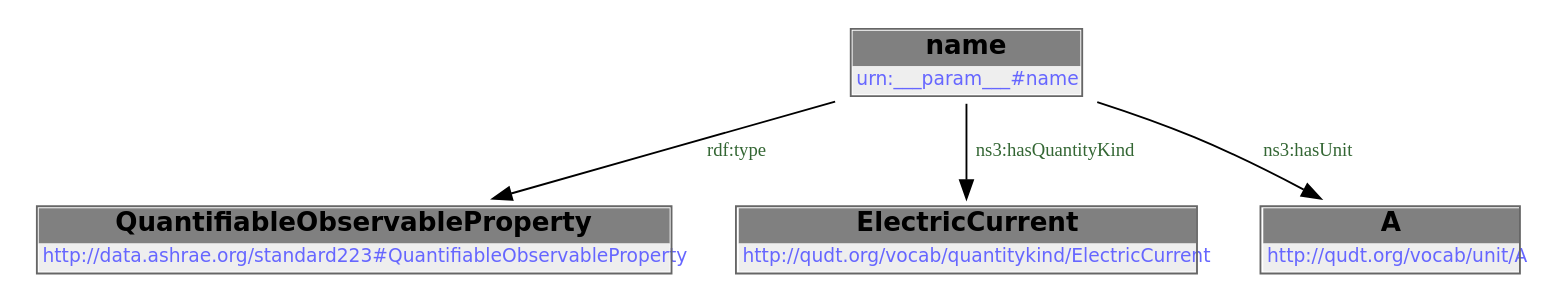
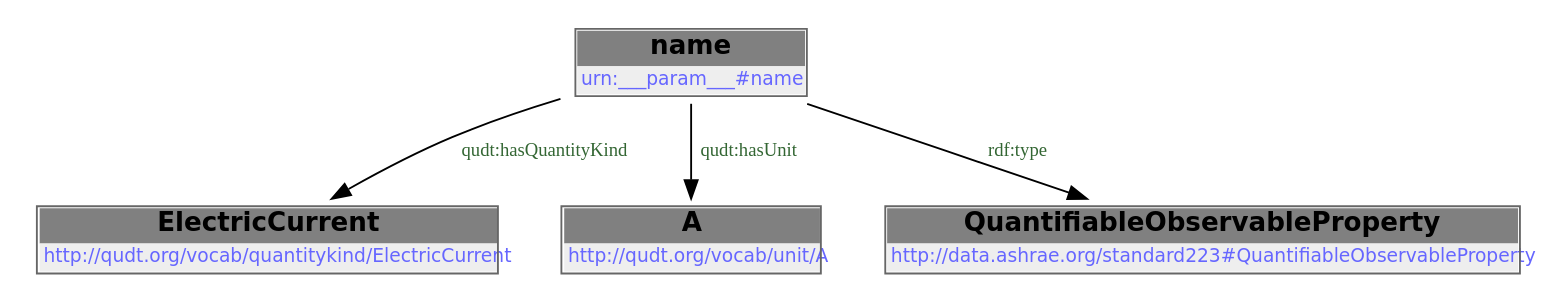
One commit to DataDrivenCPS/water-ontology changed the diagram in docs/libraries/templates/electric-current.rst. Above: the diagram before and after it, drawn with Graphviz. The commit also changed other lines of this file and 83 other files, not shown here.

```diff
--- a/docs/libraries/templates/electric-current.rst
+++ b/docs/libraries/templates/electric-current.rst
@@ -59,12 +53,16 @@
-        .. graphviz::
+.. graphviz::
 
-                digraph G {
-            node [fontname="DejaVu Sans"];
-            node0 -> node1 [color=BLACK, label=< <font point-size='10' color='#336633'>rdf:type</font> >];
-            node0 -> node2 [color=BLACK, label=< <font point-size='10' color='#336633'>ns3:hasQuantityKind</font> >];
-            node0 -> node3 [color=BLACK, label=< <font point-size='10' color='#336633'>ns3:hasUnit</font> >];
-            node0 [shape=none, color=black, label=< <table color='#666666' cellborder='0' cellspacing='0' border='1'><tr><td colspan='2' bgcolor='grey'><B>name</B></td></tr><tr><td href='urn:___param___#name' bgcolor='#eeeeee' colspan='2'><font point-size='10' color='#6666ff'>urn:___param___#name</font></td></tr></table> >];
-            node1 [shape=none, color=black, label=< <table color='#666666' cellborder='0' cellspacing='0' border='1'><tr><td colspan='2' bgcolor='grey'><B>QuantifiableObservableProperty</B></td></tr><tr><td href='http://data.ashrae.org/standard223#QuantifiableObservableProperty' bgcolor='#eeeeee' colspan='2'><font point-size='10' color='#6666ff'>http://data.ashrae.org/standard223#QuantifiableObservableProperty</font></td></tr></table> >];
-            node2 [shape=none, color=black, label=< <table color='#666666' cellborder='0' cellspacing='0' border='1'><tr><td colspan='2' bgcolor='grey'><B>ElectricCurrent</B></td></tr><tr><td href='http://qudt.org/vocab/quantitykind/ElectricCurrent' bgcolor='#eeeeee' colspan='2'><font point-size='10' color='#6666ff'>http://qudt.org/vocab/quantitykind/ElectricCurrent</font></td></tr></table> >];
-            node3 [shape=none, color=black, label=< <table color='#666666' cellborder='0' cellspacing='0' border='1'><tr><td colspan='2' bgcolor='grey'><B>A</B></td></tr><tr><td href='http://qudt.org/vocab/unit/A' bgcolor='#eeeeee' colspan='2'><font point-size='10' color='#6666ff'>http://qudt.org/vocab/unit/A</font></td></tr></table> >];
-            }
+    digraph {
+     node [ fontname="DejaVu Sans" ] ;
+        node0 -> node1 [ color=BLACK, label=< <font point-size='10' color='#336633'>qudt:hasQuantityKind</font> > ] ;
+        node0 -> node2 [ color=BLACK, label=< <font point-size='10' color='#336633'>qudt:hasUnit</font> > ] ;
+        node0 -> node3 [ color=BLACK, label=< <font point-size='10' color='#336633'>rdf:type</font> > ] ;
+    # urn:___param___#name node0
+    node0 [ shape=none, color=black label=< <table color='#666666' cellborder='0' cellspacing='0' border='1'><tr><td colspan='2' bgcolor='grey'><B>name</B></td></tr><tr><td href='urn:___param___#name' bgcolor='#eeeeee' colspan='2'><font point-size='10' color='#6666ff'>urn:___param___#name</font></td></tr></table> > ]
+    # http://qudt.org/vocab/quantitykind/ElectricCurrent node1
+    node1 [ shape=none, color=black label=< <table color='#666666' cellborder='0' cellspacing='0' border='1'><tr><td colspan='2' bgcolor='grey'><B>ElectricCurrent</B></td></tr><tr><td href='http://qudt.org/vocab/quantitykind/ElectricCurrent' bgcolor='#eeeeee' colspan='2'><font point-size='10' color='#6666ff'>http://qudt.org/vocab/quantitykind/ElectricCurrent</font></td></tr></table> > ]
+    # http://qudt.org/vocab/unit/A node2
+    node2 [ shape=none, color=black label=< <table color='#666666' cellborder='0' cellspacing='0' border='1'><tr><td colspan='2' bgcolor='grey'><B>A</B></td></tr><tr><td href='http://qudt.org/vocab/unit/A' bgcolor='#eeeeee' colspan='2'><font point-size='10' color='#6666ff'>http://qudt.org/vocab/unit/A</font></td></tr></table> > ]
+    # http://data.ashrae.org/standard223#QuantifiableObservableProperty node3
+    node3 [ shape=none, color=black label=< <table color='#666666' cellborder='0' cellspacing='0' border='1'><tr><td colspan='2' bgcolor='grey'><B>QuantifiableObservableProperty</B></td></tr><tr><td href='http://data.ashrae.org/standard223#QuantifiableObservableProperty' bgcolor='#eeeeee' colspan='2'><font point-size='10' color='#6666ff'>http://data.ashrae.org/standard223#QuantifiableObservableProperty</font></td></tr></table> > ]
+    }
```
